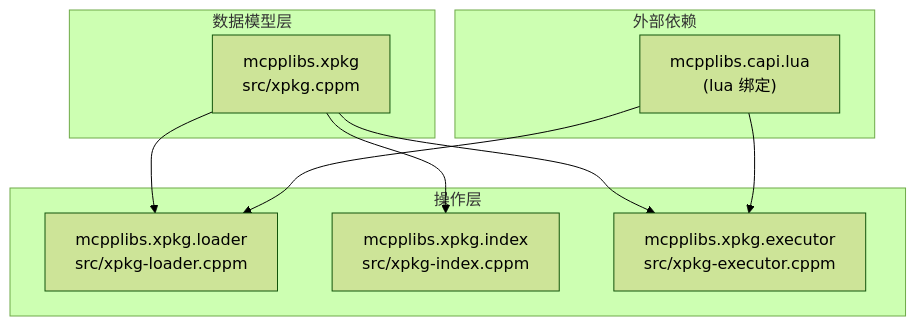
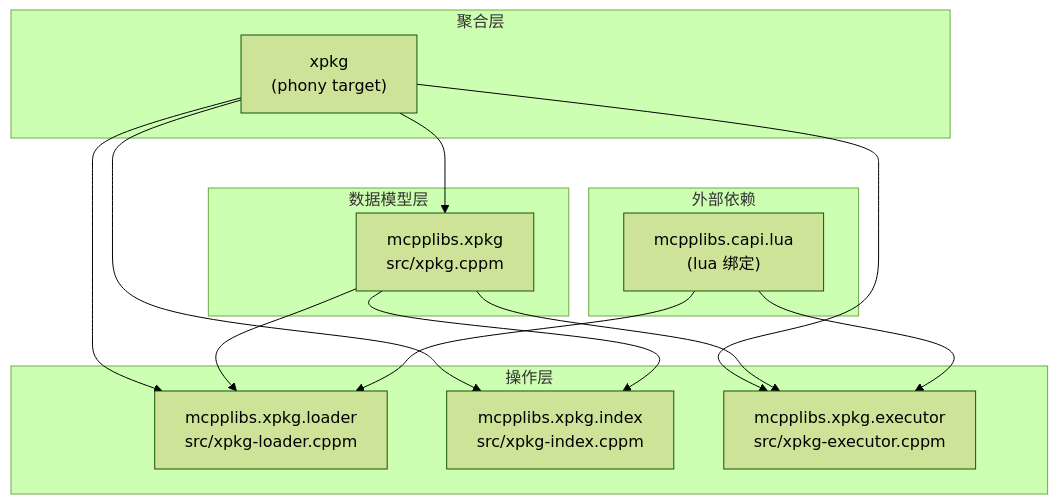
One commit to Sunrisepeak/libxpkg changed the diagram in docs/architecture.md. Above: the diagram before and after it, drawn with Mermaid (forest theme). The commit also changed other lines of this file and 4 other files, not shown here.

First line of the commit message:
feat: add aggregate `xpkg` target for simplified dependency usage

````diff
--- a/docs/architecture.md
+++ b/docs/architecture.md
@@ -22,22 +23,30 @@
 ```mermaid
 graph TD
+    subgraph aggregateLayer [聚合层]
+        X["xpkg<br/>(phony target)"]
+    end
+
     subgraph modelLayer [数据模型层]
         M["mcpplibs.xpkg<br/>src/xpkg.cppm"]
     end
 
     subgraph operationLayer [操作层]
         L["mcpplibs.xpkg.loader<br/>src/xpkg-loader.cppm"]
         I["mcpplibs.xpkg.index<br/>src/xpkg-index.cppm"]
         E["mcpplibs.xpkg.executor<br/>src/xpkg-executor.cppm"]
     end
 
     subgraph externalLayer [外部依赖]
         LUA["mcpplibs.capi.lua<br/>(lua 绑定)"]
     end
 
+    X --> M
+    X --> L
+    X --> I
+    X --> E
     M --> L
     M --> I
     M --> E
     LUA --> L
     LUA --> E
 ```
````
